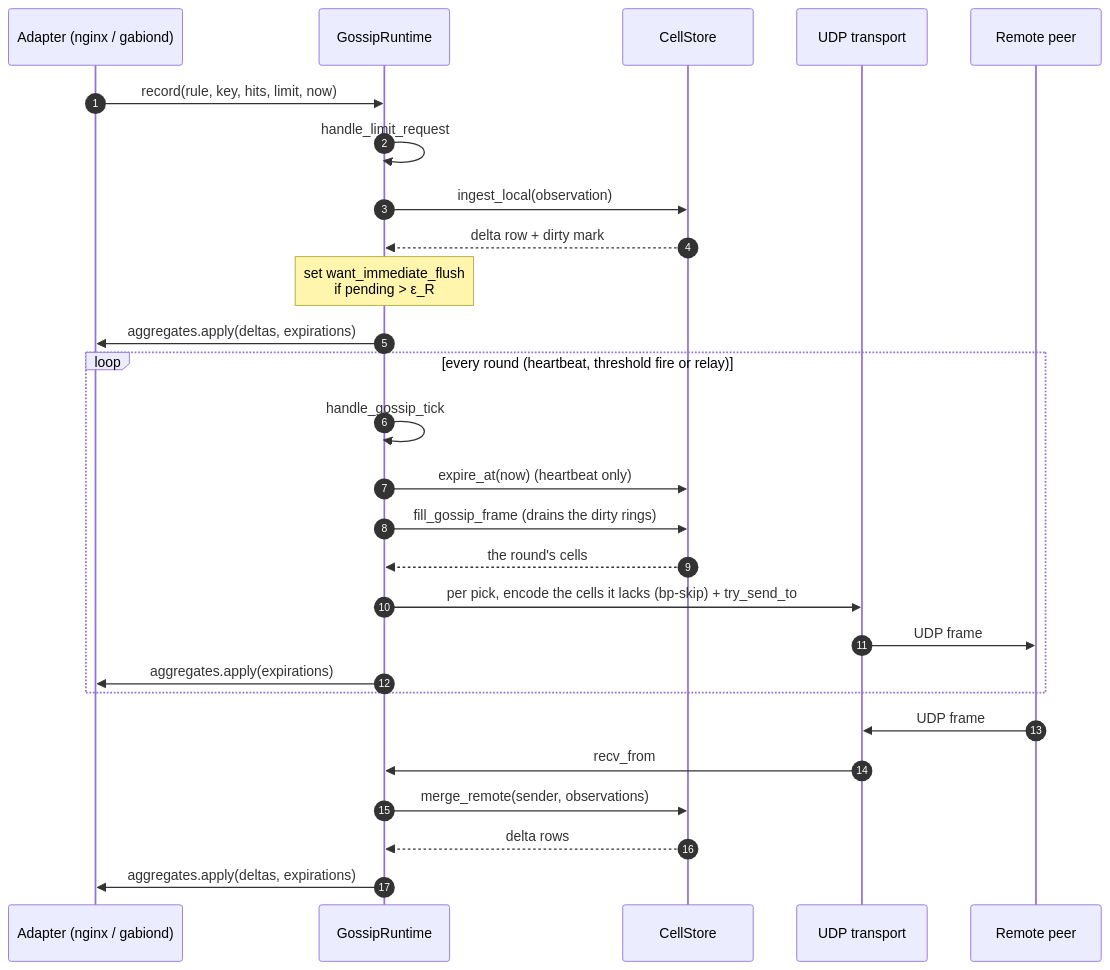
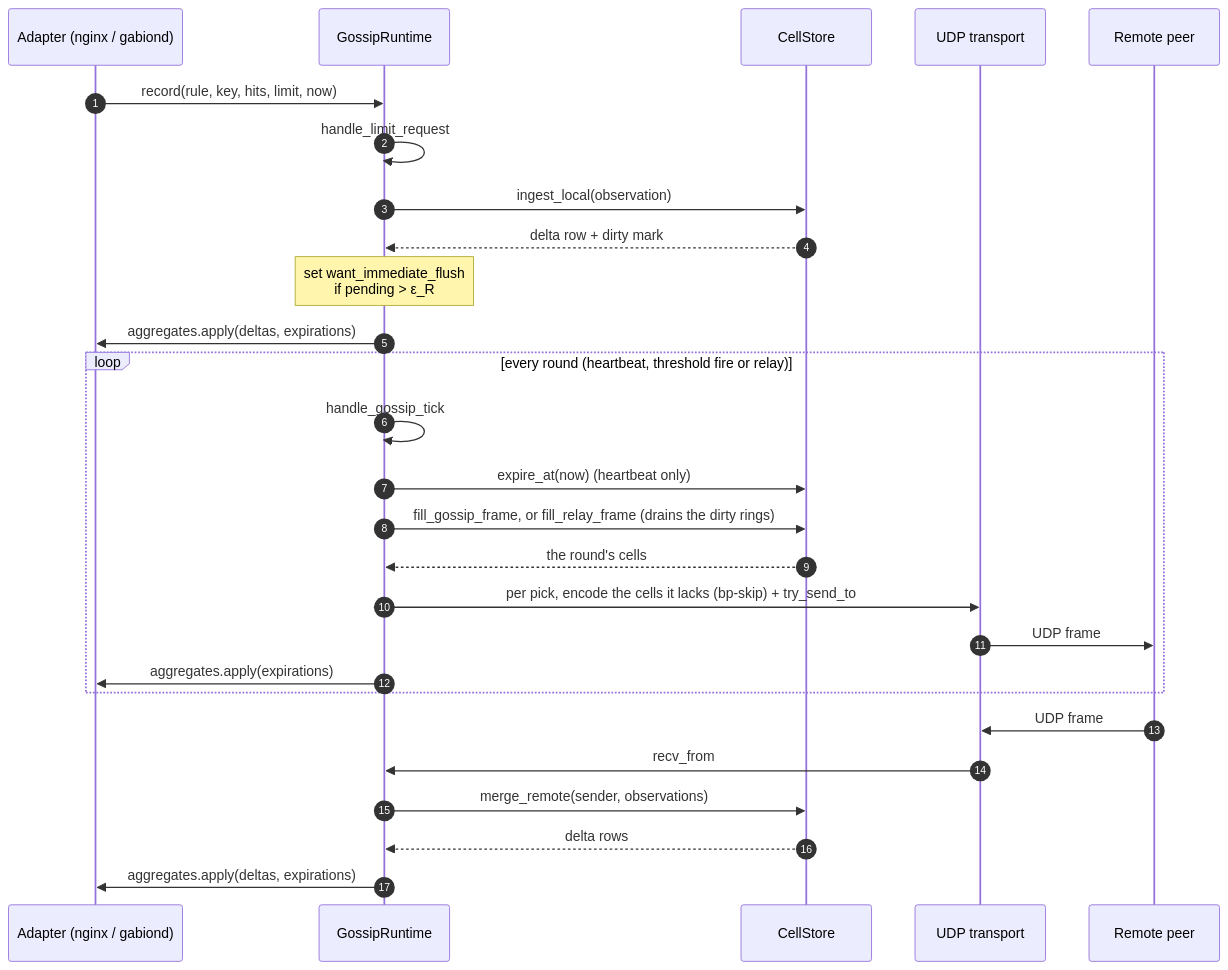
The first of 2 diagrams in crates/gabion/README.md (prosody-events/gabion), drawn with Mermaid before and after one commit. The commit also changed other lines of this file and 6 other files, not shown here.

First line of the commit message:
fix(gossip): keep relay rounds to forwarded changes and send welcomes in chunks

````diff
--- a/crates/gabion/README.md
+++ b/crates/gabion/README.md
@@ -170,32 +173,32 @@
 ```mermaid
 sequenceDiagram
     autonumber
     participant Adapter as Adapter (nginx / gabiond)
     participant Runtime as GossipRuntime
     participant Store as CellStore
     participant Tx as UDP transport
     participant Peer as Remote peer
 
     Adapter->>Runtime: record(rule, key, hits, limit, now)
     Runtime->>Runtime: handle_limit_request
     Runtime->>Store: ingest_local(observation)
     Store-->>Runtime: delta row + dirty mark
     Note over Runtime: set want_immediate_flush<br/>if pending > ε_R
     Runtime->>Adapter: aggregates.apply(deltas, expirations)
 
     loop every round (heartbeat, threshold fire or relay)
         Runtime->>Runtime: handle_gossip_tick
         Runtime->>Store: expire_at(now) (heartbeat only)
-        Runtime->>Store: fill_gossip_frame (drains the dirty rings)
+        Runtime->>Store: fill_gossip_frame, or fill_relay_frame (drains the dirty rings)
         Store-->>Runtime: the round's cells
         Runtime->>Tx: per pick, encode the cells it lacks (bp-skip) + try_send_to
         Tx->>Peer: UDP frame
         Runtime->>Adapter: aggregates.apply(expirations)
     end
 
     Peer->>Tx: UDP frame
     Tx->>Runtime: recv_from
     Runtime->>Store: merge_remote(sender, observations)
     Store-->>Runtime: delta rows
     Runtime->>Adapter: aggregates.apply(deltas, expirations)
 ```
````
